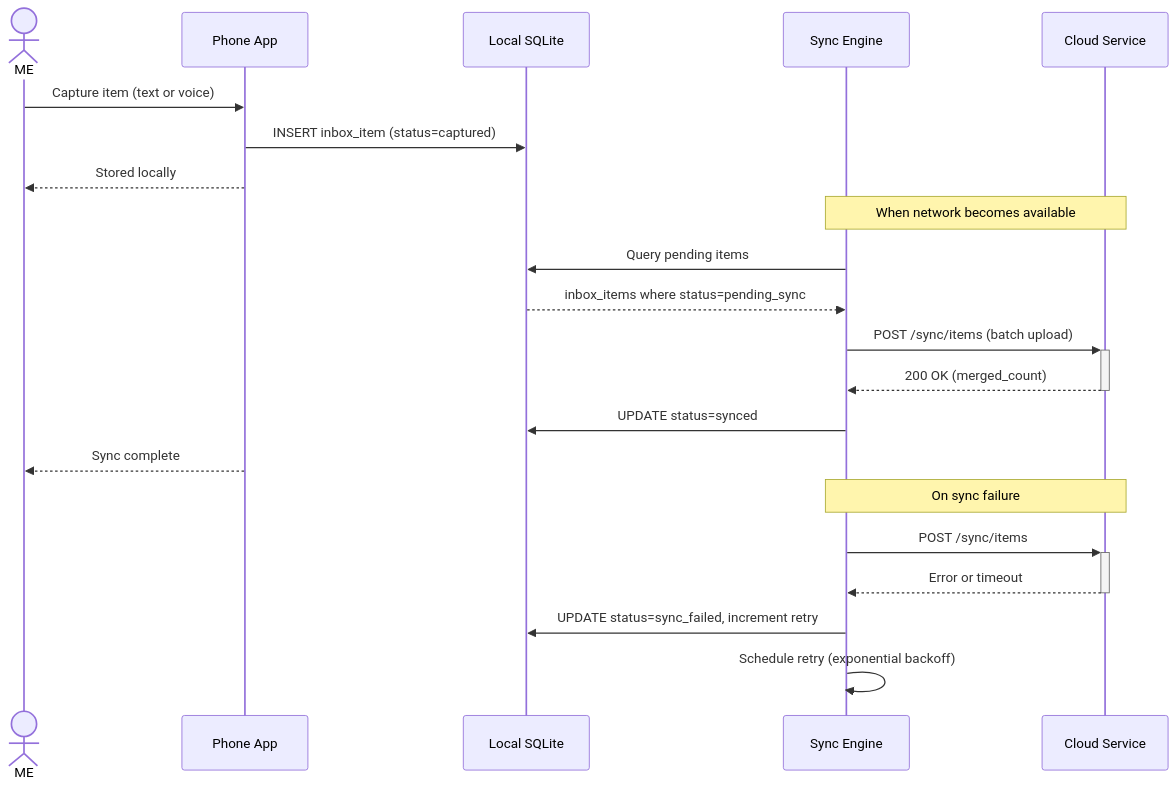
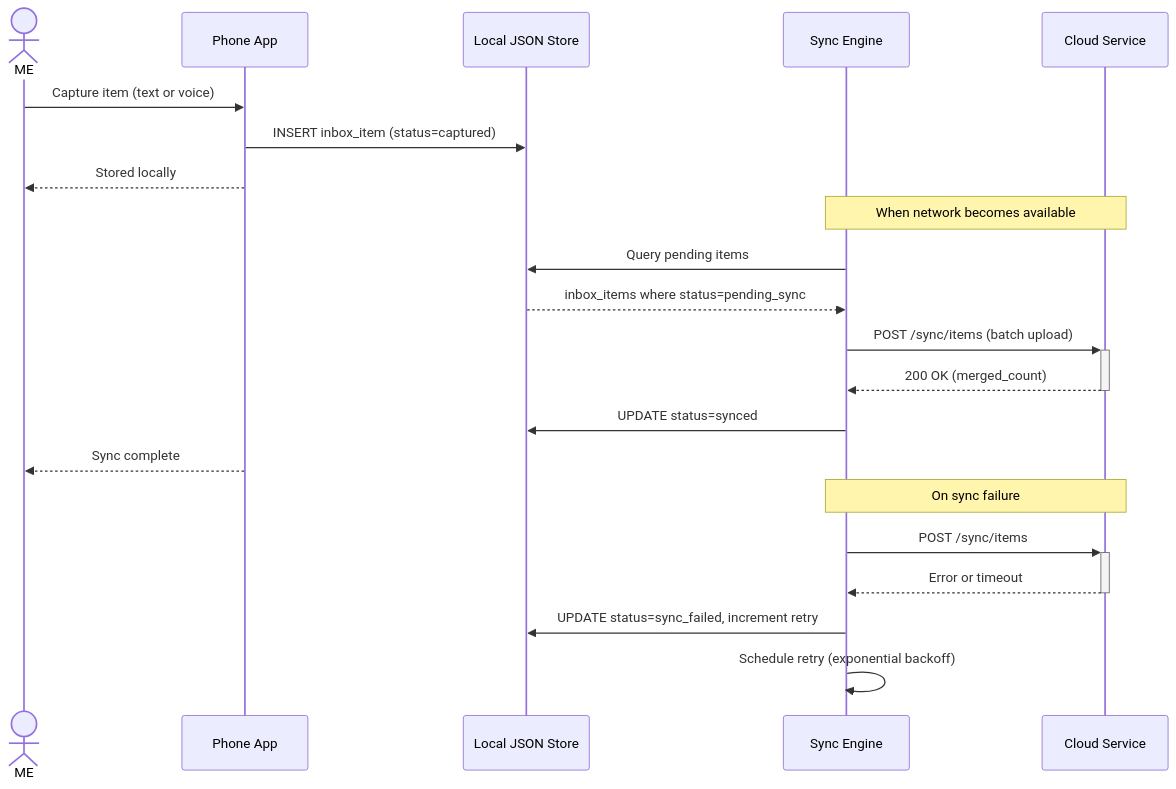
The third of 7 diagrams in .arc42/06-runtime-view.md (JSdotNet/Backlog), drawn with Mermaid before and after one commit. The commit also changed other lines of this file and 8 other files, not shown here.

First line of the commit message:
Use JSON for local storage in arc42 docs

````diff
--- a/.arc42/06-runtime-view.md
+++ b/.arc42/06-runtime-view.md
@@ -94,26 +94,26 @@
 ```mermaid
 sequenceDiagram
     actor ME
     participant App as Phone App
-    participant Storage as Local SQLite
+    participant Storage as Local JSON Store
     participant Sync as Sync Engine
     participant Cloud as Cloud Service
 
     ME->>App: Capture item (text or voice)
     App->>Storage: INSERT inbox_item (status=captured)
     App-->>ME: Stored locally
 
     Note over Sync,Cloud: When network becomes available
     Sync->>Storage: Query pending items
     Storage-->>Sync: inbox_items where status=pending_sync
     Sync->>+Cloud: POST /sync/items (batch upload)
     Cloud-->>-Sync: 200 OK (merged_count)
     Sync->>Storage: UPDATE status=synced
     App-->>ME: Sync complete
 
     Note over Sync,Cloud: On sync failure
     Sync->>+Cloud: POST /sync/items
     Cloud-->>-Sync: Error or timeout
     Sync->>Storage: UPDATE status=sync_failed, increment retry
     Sync->>Sync: Schedule retry (exponential backoff)
 ```
````
